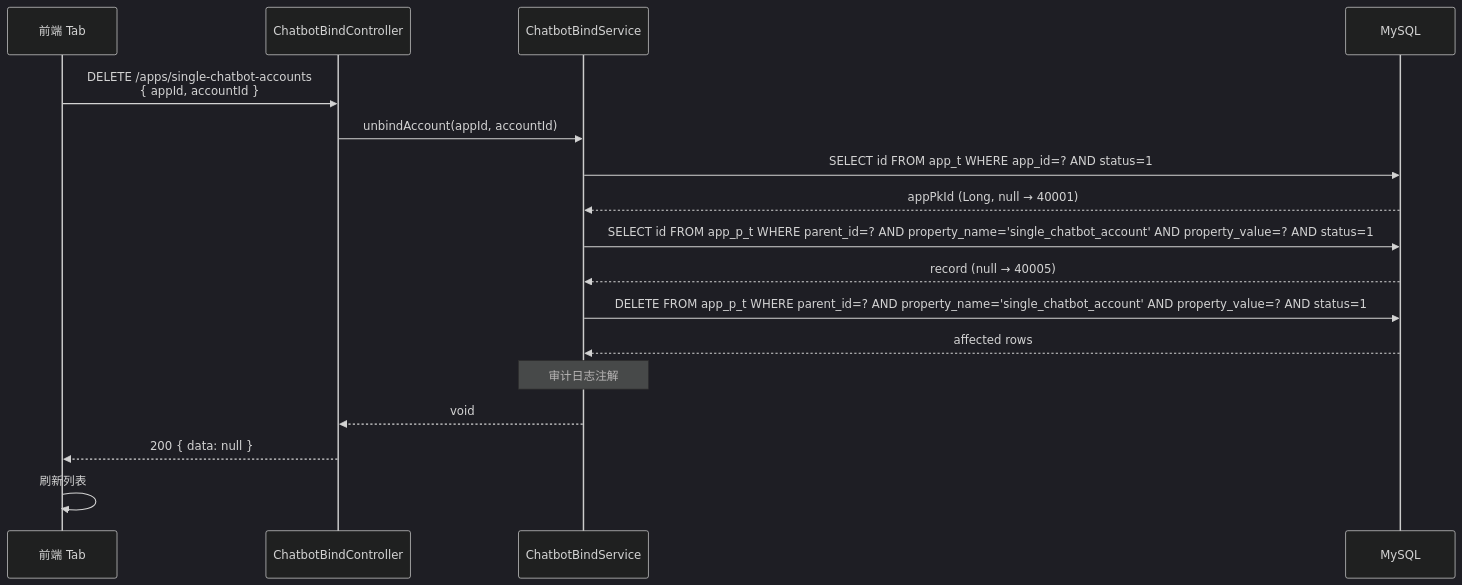
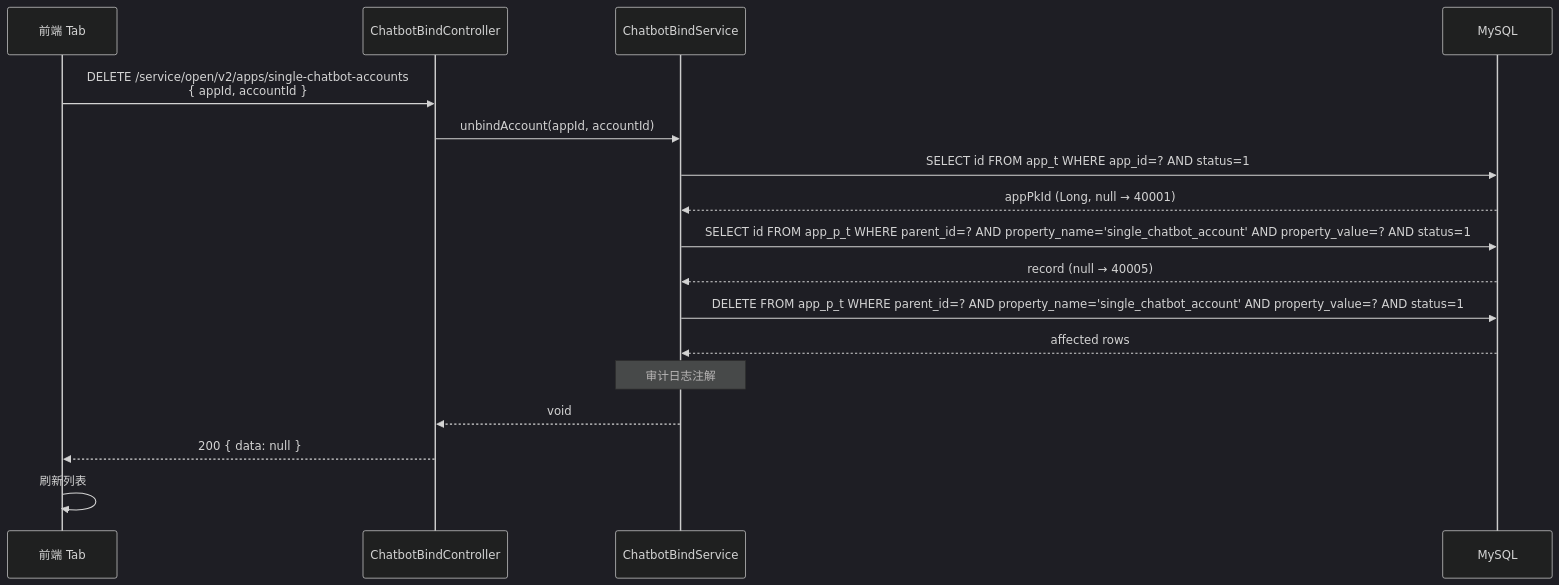
Before and after one commit to THZSummer/open-app: the seventh of 8 diagrams in docs/market-server/app-single-chatbot-bindtab-spec.md, drawn with Mermaid (dark theme). The commit also changed other lines of this file and 2 other files, not shown here.

First line of the commit message:
feat(chatbot-bindtab): spec v2.0 - contact API validation + tag layout

````diff
--- a/docs/market-server/app-single-chatbot-bindtab-spec.md
+++ b/docs/market-server/app-single-chatbot-bindtab-spec.md
@@ -846,26 +1044,26 @@
 ```mermaid
 sequenceDiagram
     participant FE as 前端 Tab
     participant API as ChatbotBindController
     participant Svc as ChatbotBindService
     participant DB as MySQL
 
-    FE->>API: DELETE /apps/single-chatbot-accounts<br/>{ appId, accountId }
+    FE->>API: DELETE /service/open/v2/apps/single-chatbot-accounts<br/>{ appId, accountId }
     API->>Svc: unbindAccount(appId, accountId)
 
     Svc->>DB: SELECT id FROM app_t WHERE app_id=? AND status=1
     DB-->>Svc: appPkId (Long, null → 40001)
 
     Svc->>DB: SELECT id FROM app_p_t WHERE parent_id=? AND property_name='single_chatbot_account' AND property_value=? AND status=1
     DB-->>Svc: record (null → 40005)
 
     Svc->>DB: DELETE FROM app_p_t WHERE parent_id=? AND property_name='single_chatbot_account' AND property_value=? AND status=1
     DB-->>Svc: affected rows
 
     Note over Svc: 审计日志注解
 
     Svc-->>API: void
     API-->>FE: 200 { data: null }
 
     FE->>FE: 刷新列表
 ```
````
